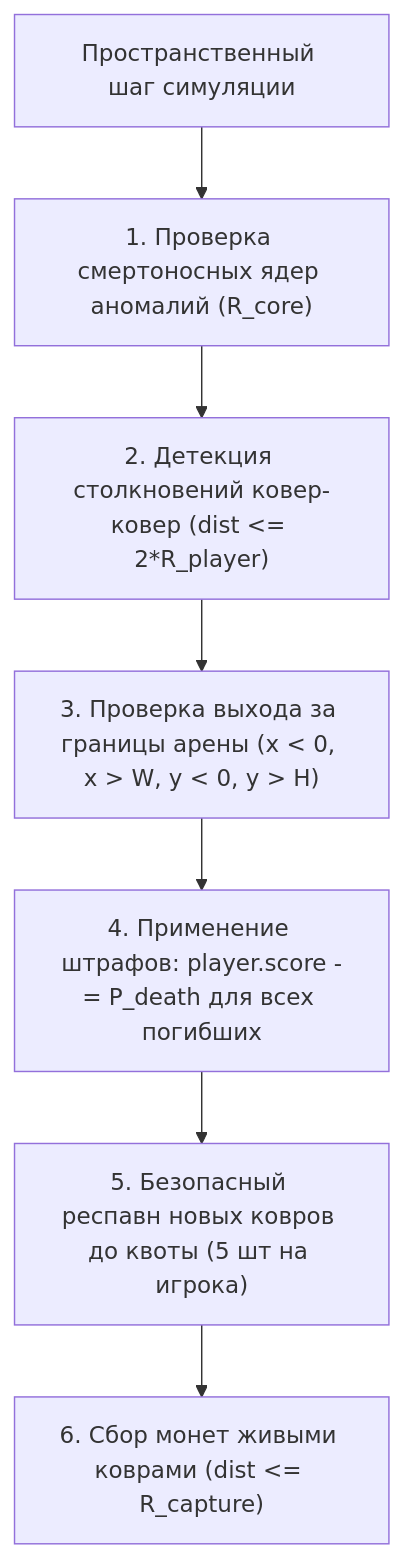
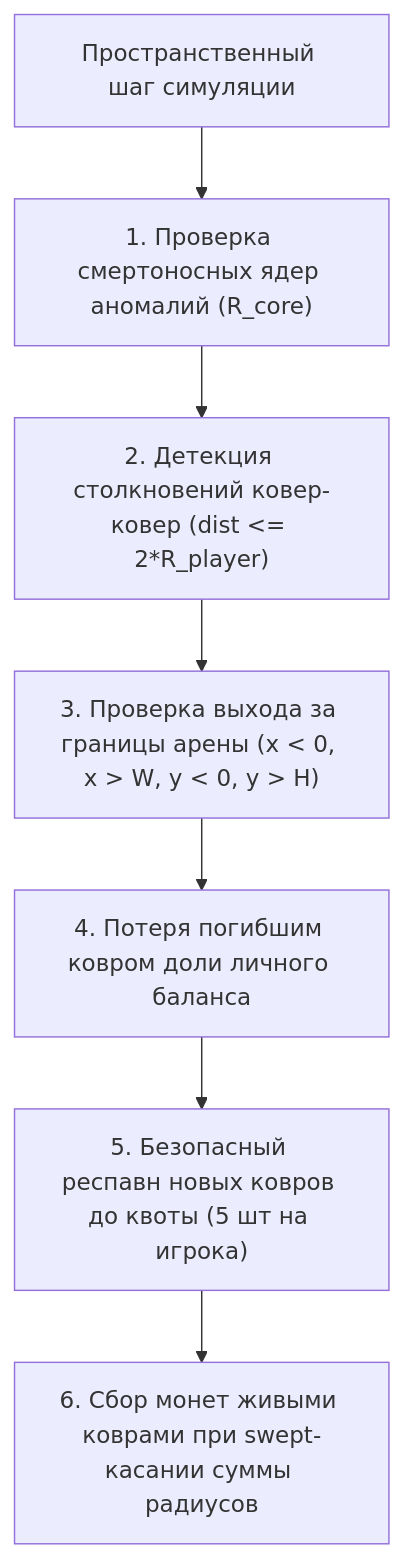
Before and after one commit to bytadaniel/open-datsmagic: the diagram in docs/features/FE-011-carpet-collisions-and-death-penalty.md, drawn with Mermaid. The commit also changed other lines of this file and 140 other files, not shown here.

````diff
--- a/docs/features/FE-011-carpet-collisions-and-death-penalty.md
+++ b/docs/features/FE-011-carpet-collisions-and-death-penalty.md
@@ -44,9 +44,9 @@
 ```mermaid
 flowchart TD
     Step["Пространственный шаг симуляции"] --> Phase1["1. Проверка смертоносных ядер аномалий (R_core)"]
     Phase1 --> Phase2["2. Детекция столкновений ковер-ковер (dist <= 2*R_player)"]
     Phase2 --> Phase3["3. Проверка выхода за границы арены (x < 0, x > W, y < 0, y > H)"]
-    Phase3 --> Phase4["4. Применение штрафов: player.score -= P_death для всех погибших"]
+    Phase3 --> Phase4["4. Потеря погибшим ковром доли личного баланса"]
     Phase4 --> Phase5["5. Безопасный респавн новых ковров до квоты (5 шт на игрока)"]
-    Phase5 --> Phase6["6. Сбор монет живыми коврами (dist <= R_capture)"]
+    Phase5 --> Phase6["6. Сбор монет живыми коврами при swept-касании суммы радиусов"]
 ```
````
